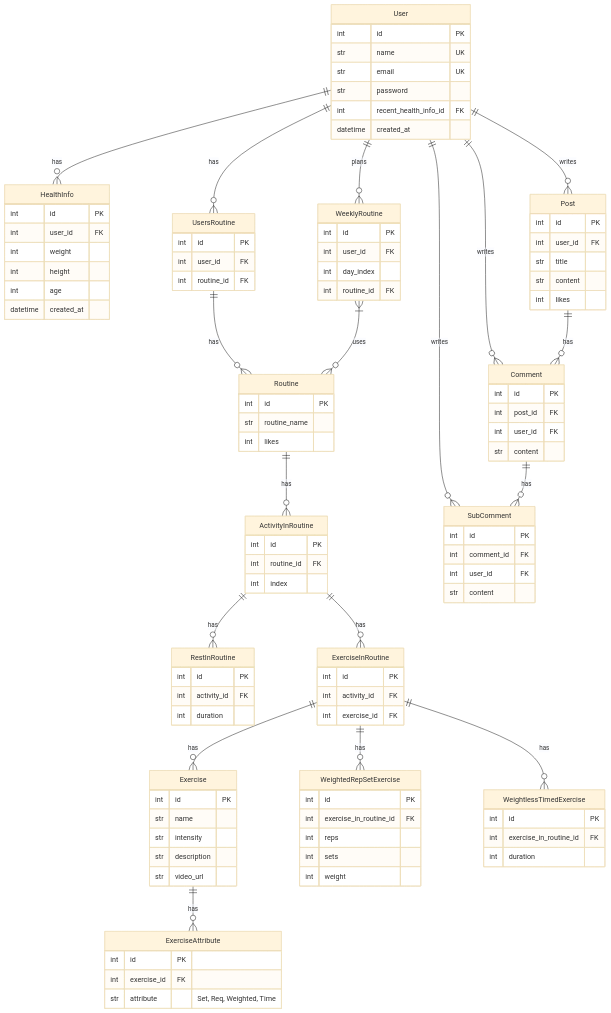
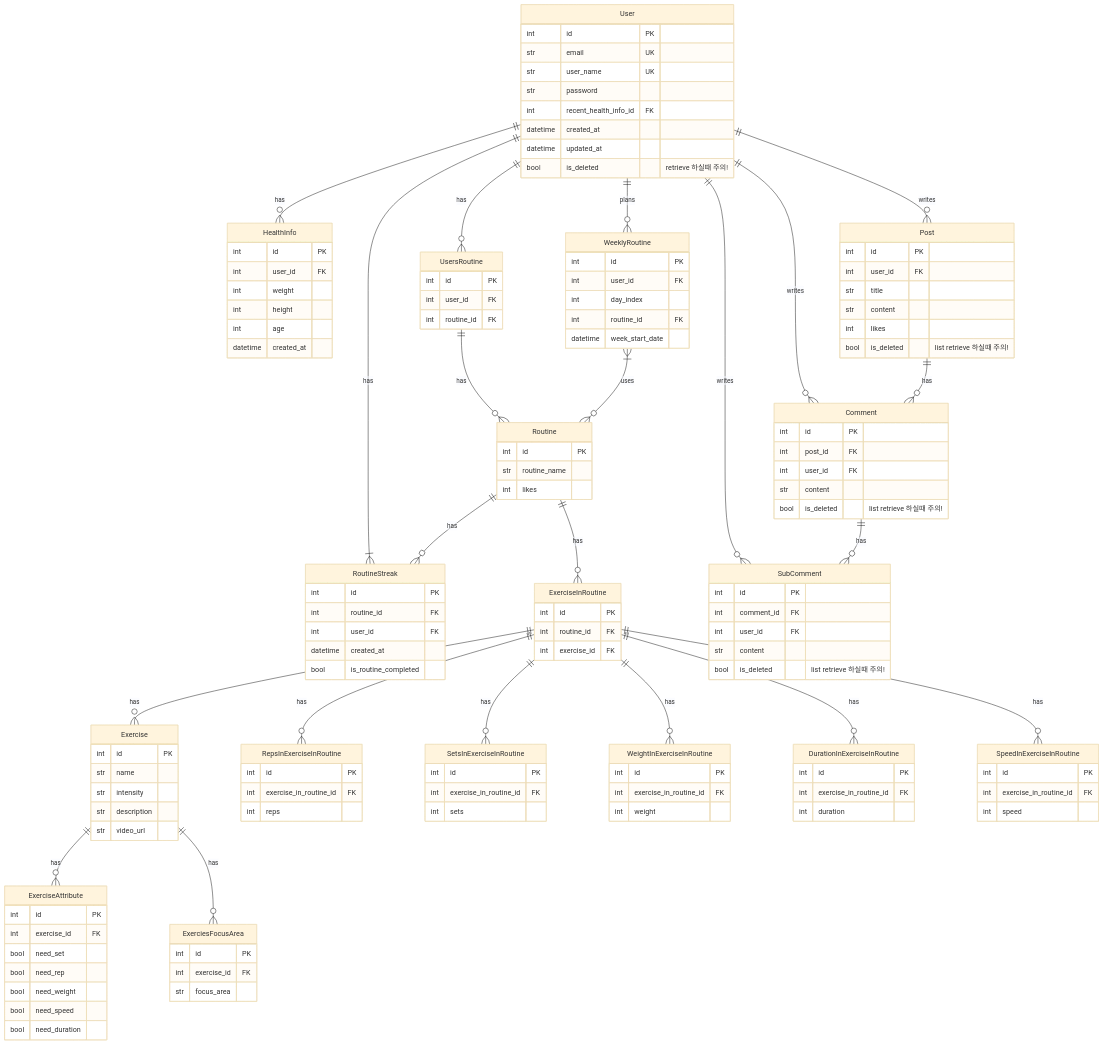
One commit to orm-backend-final-project-2-2/Codefit changed the diagram in docs/diagrams/er_diagram.md. Above: the diagram before and after it, drawn with Mermaid (base theme).

Commit message:
📝(docs): Update ERD
ERD 멘토님에게 검수 받았고, 작업자 나눠서 표기했으니 참고 바랍니다.

````diff
--- a/docs/diagrams/er_diagram.md
+++ b/docs/diagrams/er_diagram.md
@@ -3,14 +3,18 @@
 ```mermaid
 erDiagram
+    %% 효준
     User {
         int id PK
-        str name UK
         str email UK
+        str user_name UK
         str password
         int recent_health_info_id FK
         datetime created_at
+        datetime updated_at
+        bool is_deleted "retrieve 하실때 주의!"
     }
 
+    %% 지석
     HealthInfo {
         int id PK
         int user_id FK
@@ -26,6 +30,17 @@
         int likes
     }
 
+    RoutineStreak {
+        int id PK
+        int routine_id FK
+        int user_id FK
+        datetime created_at
+        bool is_routine_completed
+    }
+
+    User ||--|{ RoutineStreak : has
+    Routine ||--o{ RoutineStreak : has
+
     UsersRoutine {
         int id PK
         int user_id FK
@@ -37,8 +52,10 @@
         int user_id FK
         int day_index
         int routine_id FK
+        datetime week_start_date
     }
 
+    %% 빈
     Exercise {
         int id PK
         str name
@@ -47,57 +64,79 @@
         str video_url
     }
 
+    ExerciesFocusArea {
+        int id PK
+        int exercise_id FK
+        str focus_area
+    }
+
     ExerciseAttribute {
         int id PK
         int exercise_id FK
-        str attribute "Set, Req, Weighted, Time"
+        bool need_set
+        bool need_rep
+        bool need_weight
+        bool need_speed
+        bool need_duration
     }
 
     Exercise ||--o{ ExerciseAttribute : has
+    Exercise ||--o{ ExerciesFocusArea : has
 
-    ActivityInRoutine {
-        int id PK
-        int routine_id FK
-        int index
-    }
-
-    RestInRoutine {
-        int id PK
-        int activity_id FK
-        int duration
-    }
+    %% 지석
 
     ExerciseInRoutine {
         int id PK
-        int activity_id FK
+        int routine_id FK
         int exercise_id FK
     }
 
     ExerciseInRoutine ||--o{ Exercise : has
 
-    WeightedRepSetExercise {
+    RepsInExerciseInRoutine {
         int id PK
         int exercise_in_routine_id FK
         int reps
+    }
+
+    SetsInExerciseInRoutine {
+        int id PK
+        int exercise_in_routine_id FK
         int sets
+    }
+
+    WeightInExerciseInRoutine {
+        int id PK
+        int exercise_in_routine_id FK
         int weight
     }
 
-    WeightlessTimedExercise {
+    DurationInExerciseInRoutine {
         int id PK
         int exercise_in_routine_id FK
         int duration
     }
 
-    ExerciseInRoutine ||--o{ WeightedRepSetExercise : has
-    ExerciseInRoutine ||--o{ WeightlessTimedExercise : has
+    SpeedInExerciseInRoutine {
+        int id PK
+        int exercise_in_routine_id FK
+        int speed
+    }
 
+    ExerciseInRoutine ||--o{ RepsInExerciseInRoutine : has
+    ExerciseInRoutine ||--o{ SetsInExerciseInRoutine : has
+    ExerciseInRoutine ||--o{ WeightInExerciseInRoutine : has
+    ExerciseInRoutine ||--o{ DurationInExerciseInRoutine : has
+    ExerciseInRoutine ||--o{ SpeedInExerciseInRoutine : has
+
+    %% 수현
     Post {
         int id PK
         int user_id FK
         str title
         str content
         int likes
+        bool is_deleted "list retrieve 하실때 주의!"
     }
 
     Comment {
@@ -105,6 +144,7 @@
         int post_id FK
         int user_id FK
         str content
+        bool is_deleted "list retrieve 하실때 주의!"
     }
 
     SubComment {
@@ -112,6 +152,7 @@
         int comment_id FK
         int user_id FK
         str content
+        bool is_deleted "list retrieve 하실때 주의!"
     }
 
     User ||--o{ HealthInfo : has
@@ -121,9 +162,7 @@
     User ||--o{ SubComment : writes
     User ||--o{ UsersRoutine : has
     UsersRoutine ||--o{ Routine : has
-    Routine ||--o{ ActivityInRoutine : has
-    ActivityInRoutine ||--o{ RestInRoutine : has
-    ActivityInRoutine ||--o{ ExerciseInRoutine : has
+    Routine ||--o{ ExerciseInRoutine : has
     WeeklyRoutine }|--o{ Routine : uses
     Post ||--o{ Comment : has
     Comment ||--o{ SubComment : has
````
